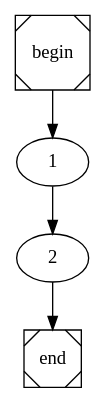
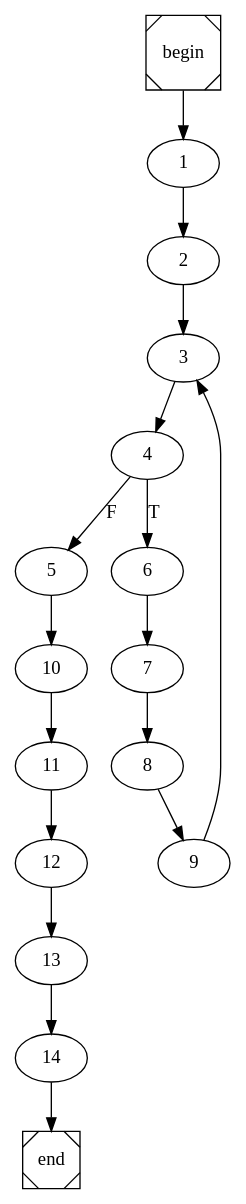
One commit to ivSaav/COMP changed the diagram in main.dot. Above: the diagram before and after it, drawn with Graphviz. The commit also changed 4 other files, not shown here.

```diff
--- a/main.dot
+++ b/main.dot
@@ -1,4 +1,4 @@
 digraph cfg {
 	begin [shape=Msquare];
 	end [shape=Msquare];
-	begin -> 1;	1 -> 2;	2 -> end;}
+	begin -> 1;	1 -> 2;	2 -> 3;	3 -> 4;	4 -> 6[label=T];	4 -> 5[label=F];	5 -> 10;	6 -> 7;	7 -> 8;	8 -> 9;	9 -> 3;	10 -> 11;	11 -> 12;	12 -> 13;	13 -> 14;	14 -> end;}
```
